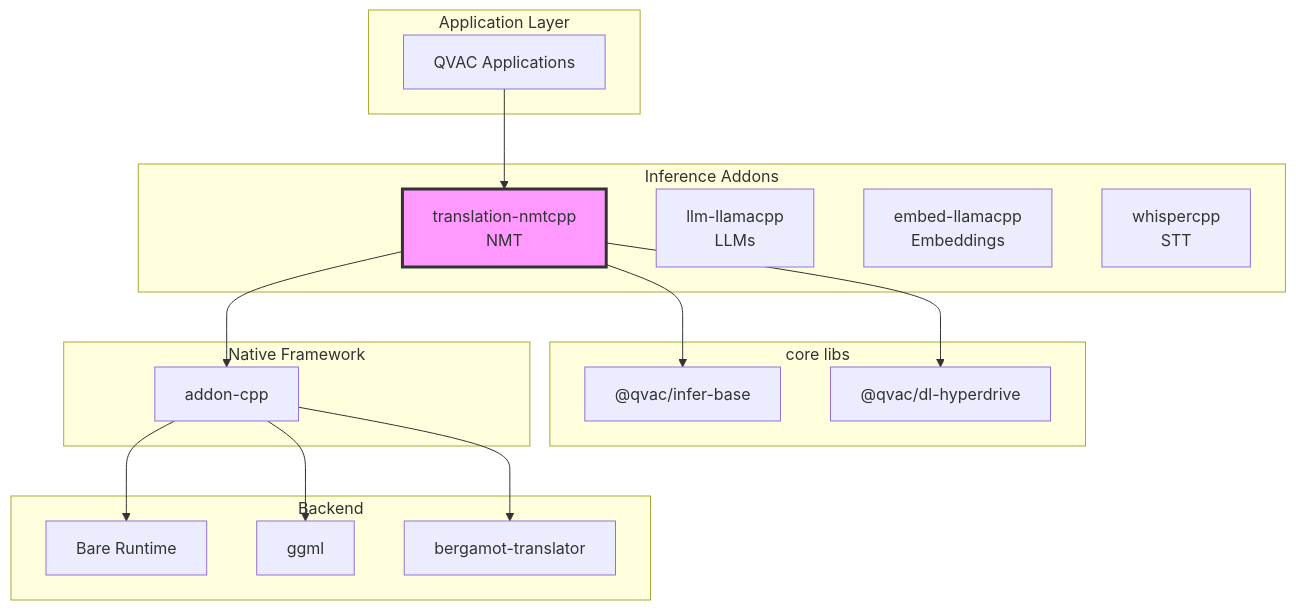
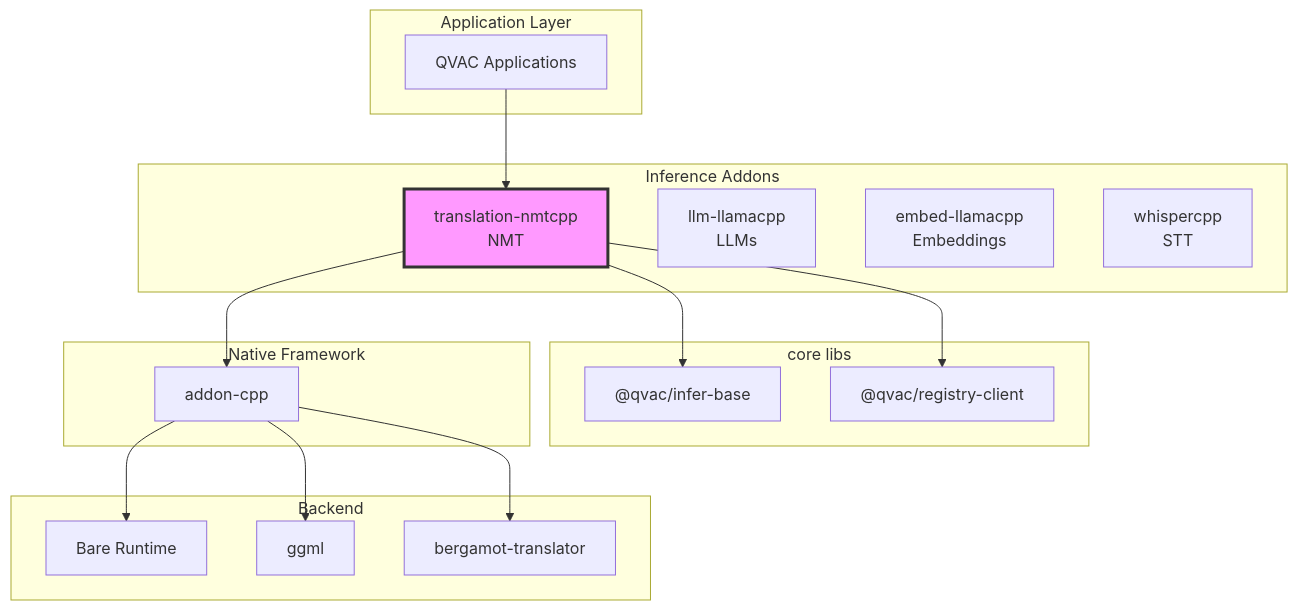
The first of 4 diagrams in packages/qvac-lib-infer-nmtcpp/docs/architecture.md (tetherto/qvac), drawn with Mermaid before and after one commit. The commit also changed other lines of this file and 5 other files, not shown here.

````diff
--- a/packages/qvac-lib-infer-nmtcpp/docs/architecture.md
+++ b/packages/qvac-lib-infer-nmtcpp/docs/architecture.md
@@ -86,38 +86,38 @@
 ```mermaid
 graph TB
     subgraph "Application Layer"
         APP[QVAC Applications]
     end
 
     subgraph "Inference Addons"
         NMT["translation-nmtcpp<br/>NMT"]
         LLM["llm-llamacpp<br/>LLMs"]
         EMBED["embed-llamacpp<br/>Embeddings"]
         WHISPER["whispercpp<br/>STT"]
     end
 
     subgraph "core libs"
         BASE["@qvac/infer-base"]
-        DL["@qvac/dl-hyperdrive"]
+        DL["@qvac/registry-client"]
     end
 
     subgraph "Native Framework"
         ADDON["addon-cpp"]
     end
 
     subgraph "Backend"
         BARE["Bare Runtime"]
         GGML_LIB["ggml"]
         BERGAMOT_LIB["bergamot-translator"]
     end
 
     APP --> NMT
     NMT --> BASE
     NMT --> DL
     NMT --> ADDON
     ADDON --> BARE
     ADDON --> GGML_LIB
     ADDON --> BERGAMOT_LIB
 
     style NMT fill:#f9f,stroke:#333,stroke-width:3px
 ```
````
